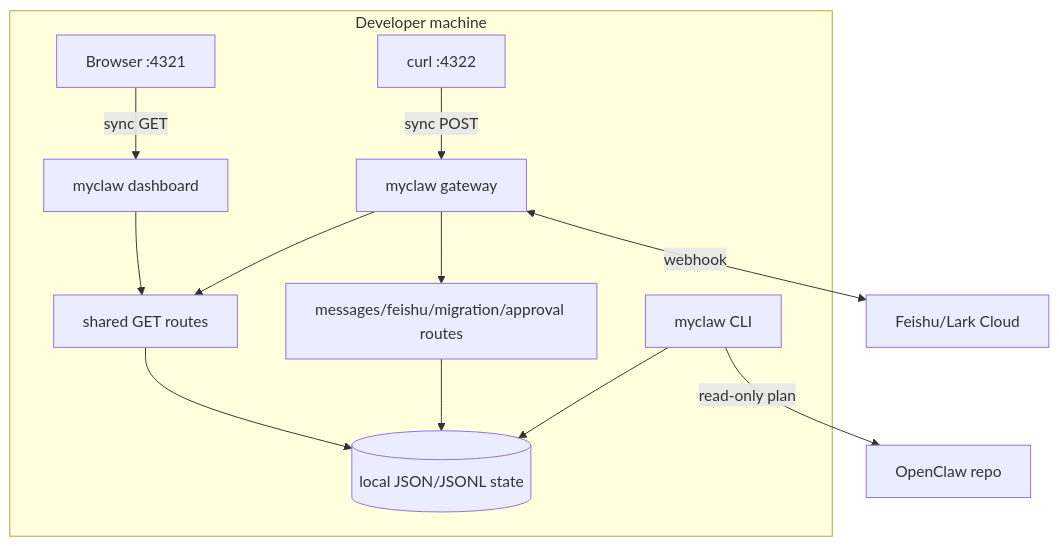
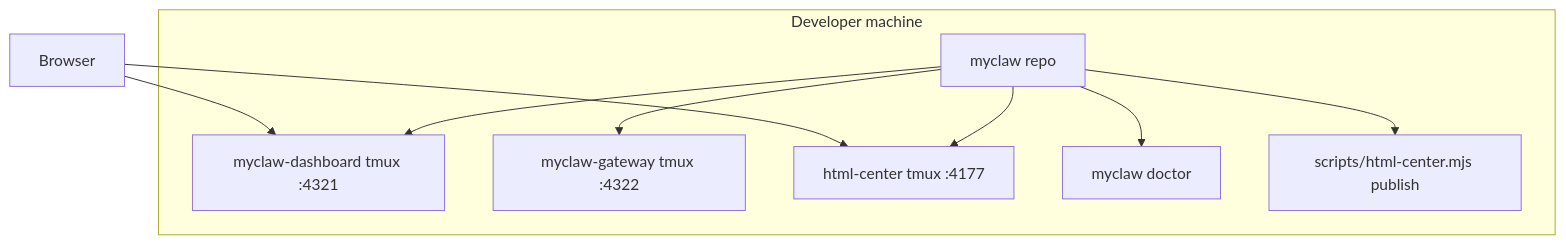
One commit to mayf3/myclaw changed the ninth of 9 diagrams in docs/implementation-architecture.md. Above: the diagram before and after it, drawn with Mermaid. The commit also changed other lines of this file and 37 other files, not shown here.

````diff
--- a/docs/implementation-architecture.md
+++ b/docs/implementation-architecture.md
@@ -252,15 +228,16 @@
 ```mermaid
 flowchart TB
-  subgraph Localhost[Developer machine]
-    Browser[Browser :4321] -->|sync GET| Dashboard[myclaw dashboard]
-    Curl[curl :4322] -->|sync POST| Gateway[myclaw gateway]
-    Dashboard --> ControlRoutes[shared GET routes]
-    Gateway --> ControlRoutes
-    Gateway --> Mutations[messages/feishu/migration/approval routes]
-    Mutations --> State[(local JSON/JSONL state)]
-    ControlRoutes --> State
-    CLI[myclaw CLI] --> State
+  subgraph Local[Developer machine]
+    Dashboard[myclaw-dashboard tmux :4321]
+    Gateway[myclaw-gateway tmux :4322]
+    HtmlCenter[html-center tmux :4177]
+    Repo[myclaw repo]
+    Repo --> Dashboard
+    Repo --> Gateway
+    Repo --> Doctor[myclaw doctor]
+    Repo --> Publish[scripts/html-center.mjs publish]
+    Repo --> HtmlCenter
   end
-  Gateway <-->|webhook| Feishu[Feishu/Lark Cloud]
-  CLI -->|read-only plan| OpenClaw[OpenClaw repo]
+  Browser --> Dashboard
+  Browser --> HtmlCenter
 ```
````
